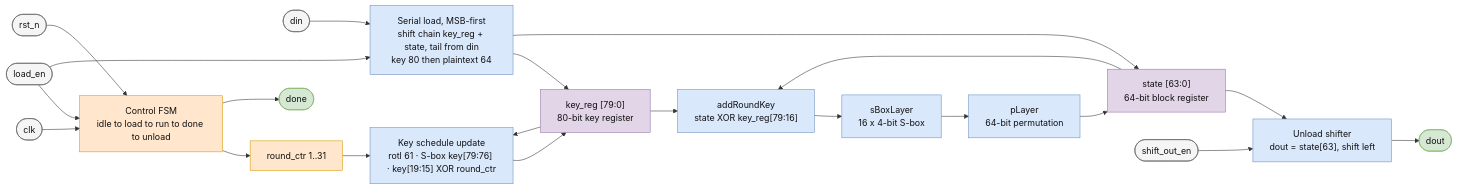
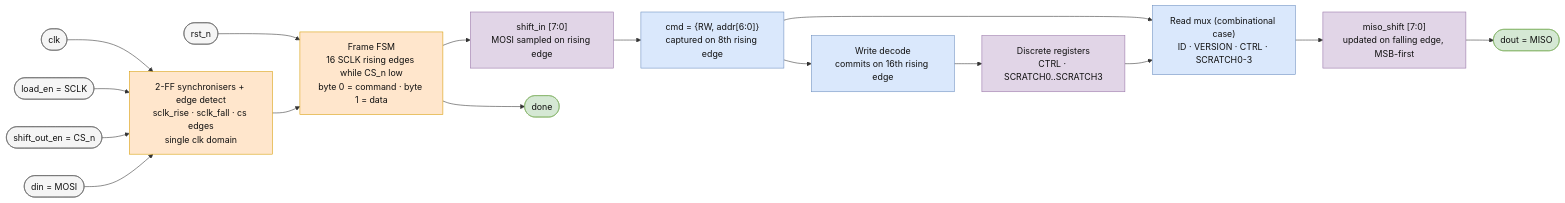
The second of 2 diagrams in Readme.md (Lefteris-B/Chipathon_2026_Secure_agentic_chip_design), drawn with Mermaid before and after one commit. The commit also changed other lines of this file and 5 other files, not shown here.

````diff
--- a/Readme.md
+++ b/Readme.md
@@ -244,39 +269,36 @@
 ```mermaid
 flowchart LR
-  clk([clk]) --> FSM
+  clk([clk]) --> SYNC
   rstn([rst_n]) --> FSM
-  loaden([load_en]) --> FSM
-  loaden --> SL
-  din([din]) --> SL
+  sclk([load_en = SCLK]) --> SYNC
+  csn([shift_out_en = CS_n]) --> SYNC
+  mosi([din = MOSI]) --> SYNC
 
-  FSM["Control FSM<br/>idle to load to run to done to unload"]
-  RC["round_ctr 1..31"]
-  FSM --> RC
+  SYNC["2-FF synchronisers + edge detect<br/>sclk_rise · sclk_fall · cs edges<br/>single clk domain"]
+  SYNC --> FSM
+  FSM["Frame FSM<br/>16 SCLK rising edges while CS_n low<br/>byte 0 = command · byte 1 = data"]
 
-  SL["Serial load, MSB-first<br/>shift chain key_reg + state, tail from din<br/>key 80 then plaintext 64"]
-  SL --> KEY["key_reg [79:0]<br/>80-bit key register"]
-  SL --> ST["state [63:0]<br/>64-bit block register"]
+  FSM --> SI["shift_in [7:0]<br/>MOSI sampled on rising edge"]
+  SI --> CMD["cmd = {RW, addr[6:0]}<br/>captured on 8th rising edge"]
+  CMD --> RMUX
 
-  KEY --> KS["Key schedule update<br/>rotl 61 · S-box key[79:76] · key[19:15] XOR round_ctr"]
-  KS --> KEY
-  RC --> KS
-  KEY --> ARK
+  RMUX["Read mux (combinational case)<br/>ID · VERSION · CTRL · SCRATCH0-3"]
+  REGS["Discrete registers<br/>CTRL · SCRATCH0..SCRATCH3"]
+  REGS --> RMUX
+  CMD --> WR["Write decode<br/>commits on 16th rising edge"] --> REGS
 
-  ST --> ARK["addRoundKey<br/>state XOR key_reg[79:16]"] --> SB["sBoxLayer<br/>16 x 4-bit S-box"] --> PL["pLayer<br/>64-bit permutation"] --> ST
-
-  ST --> UL["Unload shifter<br/>dout = state[63], shift left"]
-  soe([shift_out_en]) --> UL
-  UL --> dout([dout])
+  RMUX --> SO["miso_shift [7:0]<br/>updated on falling edge, MSB-first"]
+  SO --> miso([dout = MISO])
   FSM --> done([done])
 
   classDef io fill:#F5F5F5,stroke:#666,color:#111;
   classDef reg fill:#E1D5E7,stroke:#9673A6,color:#111;
   classDef dp fill:#DAE8FC,stroke:#6C8EBF,color:#111;
   classDef ctl fill:#FFE6CC,stroke:#D79B00,color:#111;
   classDef outp fill:#D5E8D4,stroke:#82B366,color:#111;
-  class clk,rstn,loaden,din,soe io;
-  class dout,done outp;
-  class KEY,ST reg;
-  class SL,KS,ARK,SB,PL,UL dp;
-  class FSM,RC ctl;
+  class clk,rstn,sclk,csn,mosi io;
+  class miso,done outp;
+  class REGS,SI,SO reg;
+  class RMUX,WR,CMD dp;
+  class FSM,SYNC ctl;
 ```
````
